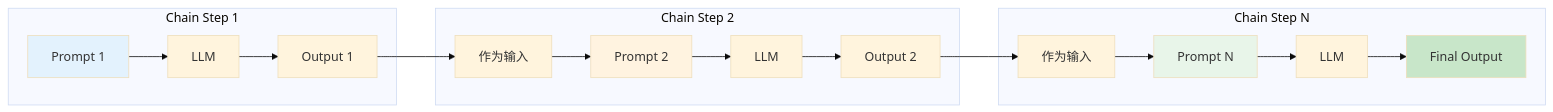
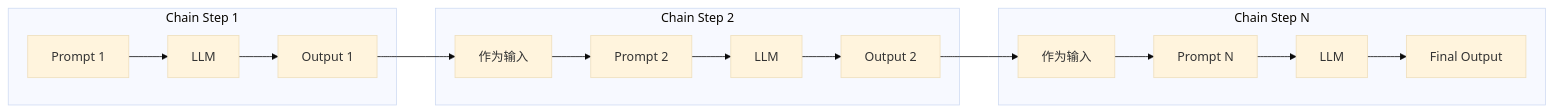
Before and after one commit to yuexiaoliang/prompt-engineering-learning: the second of 6 diagrams in 04-agents-tools-zh.md, drawn with Mermaid (base theme). The commit also changed other lines of this file and 9 other files, not shown here.

First line of the commit message:
fix(prompt-engineering): remove hardcoded mermaid fill styles for theme auto-adaptation

````diff
--- a/04-agents-tools-zh.md
+++ b/04-agents-tools-zh.md
@@ -176,28 +176,24 @@
 ```mermaid
 flowchart LR
     subgraph "Chain Step 1"
         A[Prompt 1] --> B[LLM]
         B --> C[Output 1]
     end
 
     C --> D[作为输入]
 
     subgraph "Chain Step 2"
         D --> E[Prompt 2]
         E --> F[LLM]
         F --> G[Output 2]
     end
 
     G --> H[作为输入]
 
     subgraph "Chain Step N"
         H --> I[Prompt N]
         I --> J[LLM]
         J --> K[Final Output]
     end
 
-    style A fill:#e3f2fd
-    style E fill:#fff3e0
-    style I fill:#e8f5e9
-    style K fill:#c8e6c9
 ```
````
